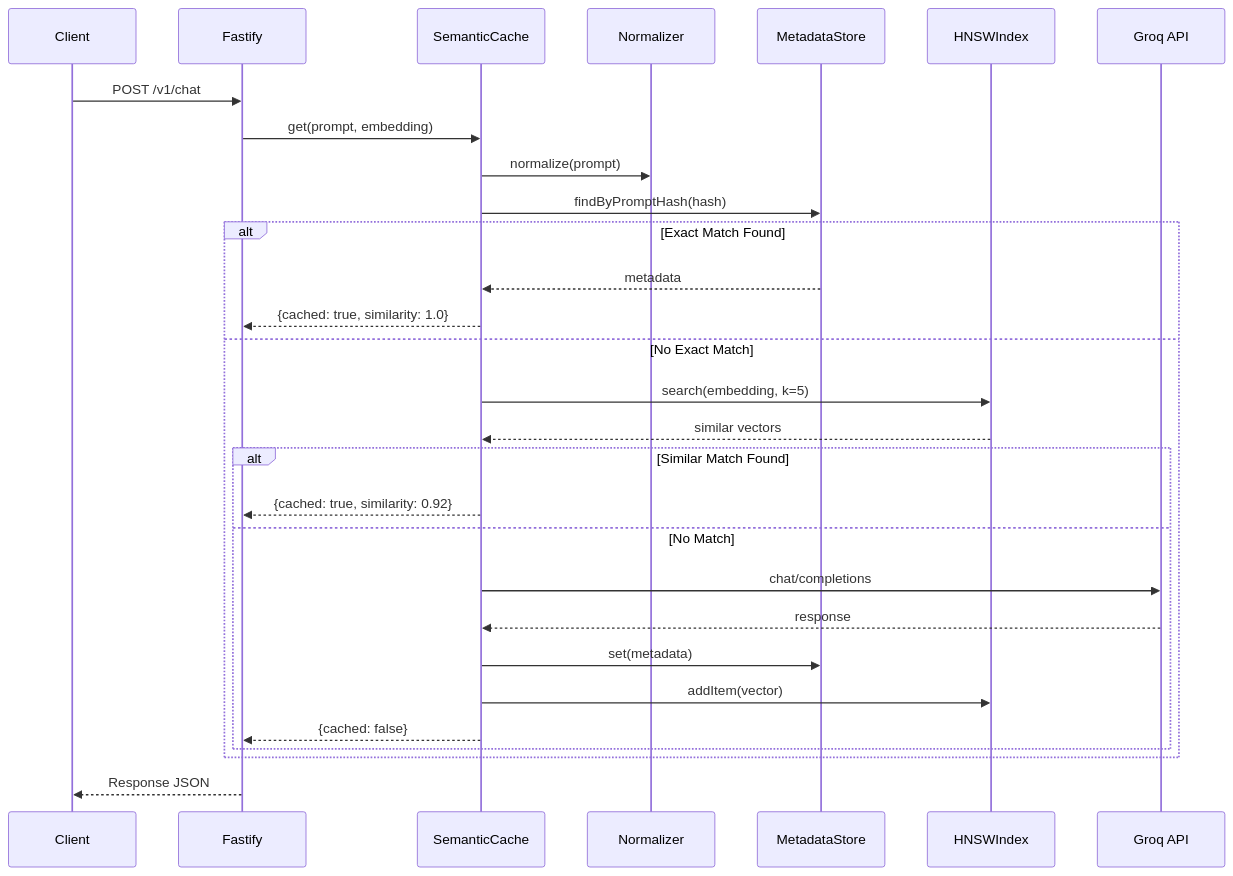
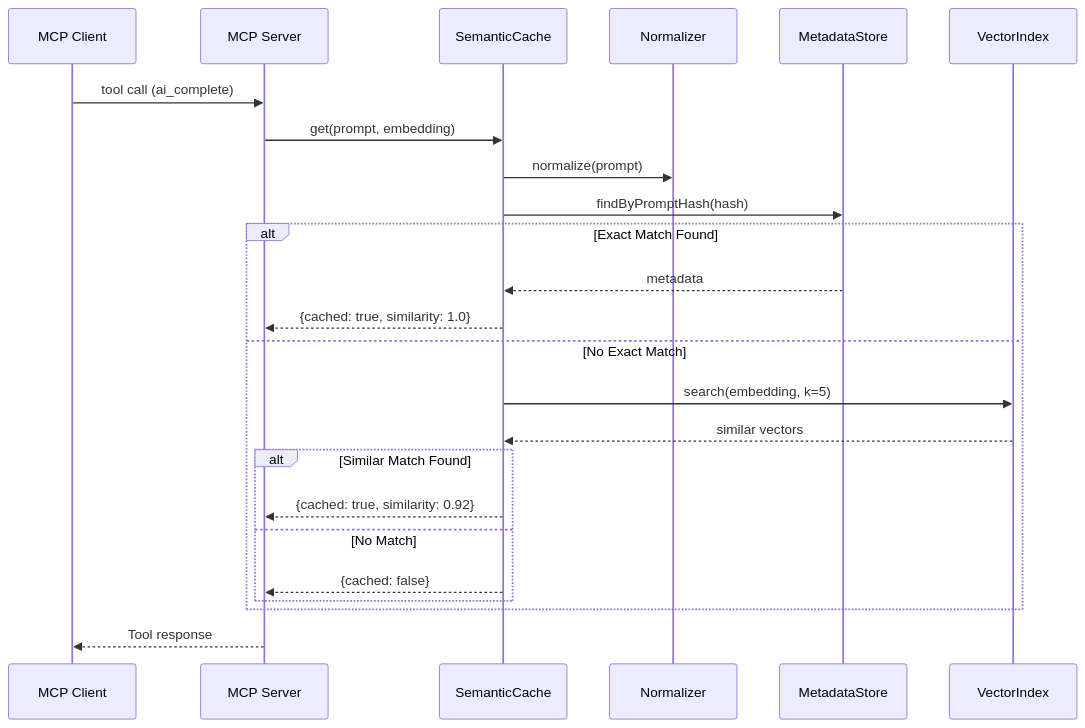
The fifth of 10 diagrams in docs/ARCHITECTURE.md (EricNguyen1206/erion-ember), drawn with Mermaid before and after one commit. The commit also changed other lines of this file and 7 other files, not shown here.

Commit message:
feat: Implement model override for embedding generation and refactor architecture for MCP server and vector index.

````diff
--- a/docs/ARCHITECTURE.md
+++ b/docs/ARCHITECTURE.md
@@ -141,34 +139,29 @@
 ```mermaid
 sequenceDiagram
-    participant C as Client
-    participant F as Fastify
+    participant C as MCP Client
+    participant S as MCP Server
     participant SC as SemanticCache
     participant N as Normalizer
     participant MS as MetadataStore
-    participant H as HNSWIndex
-    participant G as Groq API
+    participant V as VectorIndex
     
-    C->>F: POST /v1/chat
-    F->>SC: get(prompt, embedding)
+    C->>S: tool call (ai_complete)
+    S->>SC: get(prompt, embedding)
     SC->>N: normalize(prompt)
     SC->>MS: findByPromptHash(hash)
     
     alt Exact Match Found
         MS-->>SC: metadata
-        SC-->>F: {cached: true, similarity: 1.0}
+        SC-->>S: {cached: true, similarity: 1.0}
     else No Exact Match
-        SC->>H: search(embedding, k=5)
-        H-->>SC: similar vectors
+        SC->>V: search(embedding, k=5)
+        V-->>SC: similar vectors
         alt Similar Match Found
-            SC-->>F: {cached: true, similarity: 0.92}
+            SC-->>S: {cached: true, similarity: 0.92}
         else No Match
-            SC->>G: chat/completions
-            G-->>SC: response
-            SC->>MS: set(metadata)
-            SC->>H: addItem(vector)
-            SC-->>F: {cached: false}
+            SC-->>S: {cached: false}
         end
     end
     
-    F-->>C: Response JSON
+    S-->>C: Tool response
 ```
````
